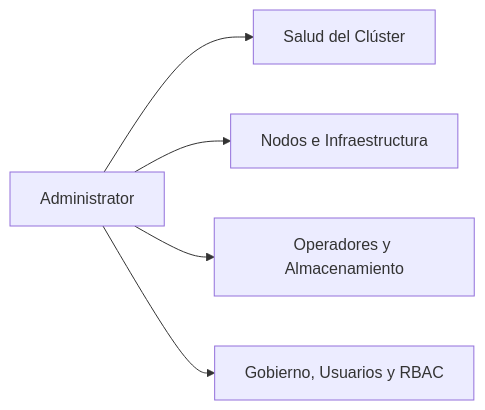
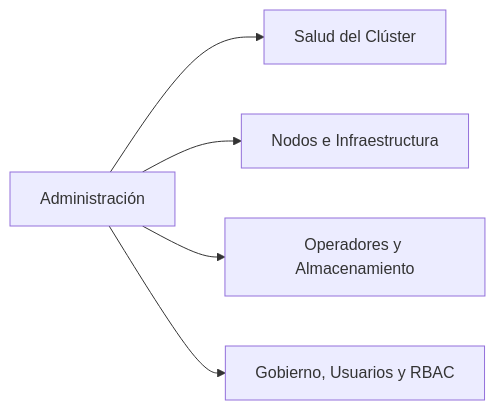
One commit to ieftraining/curso-openshift changed the third of 7 diagrams in docs/sesion1/1.6 Consola web.md. Above: the diagram before and after it, drawn with Mermaid. The commit also changed other lines of this file, not shown here.

````diff
--- a/docs/sesion1/1.6 Consola web.md
+++ b/docs/sesion1/1.6 Consola web.md
@@ -60,7 +53,7 @@
 ```mermaid
 flowchart LR
-    A[Administrator] --> B[Salud del Clúster]
+    A[Administración] --> B[Salud del Clúster]
     A --> C[Nodos e Infraestructura]
     A --> D[Operadores y Almacenamiento]
     A --> E[Gobierno, Usuarios y RBAC]
 ```
````
